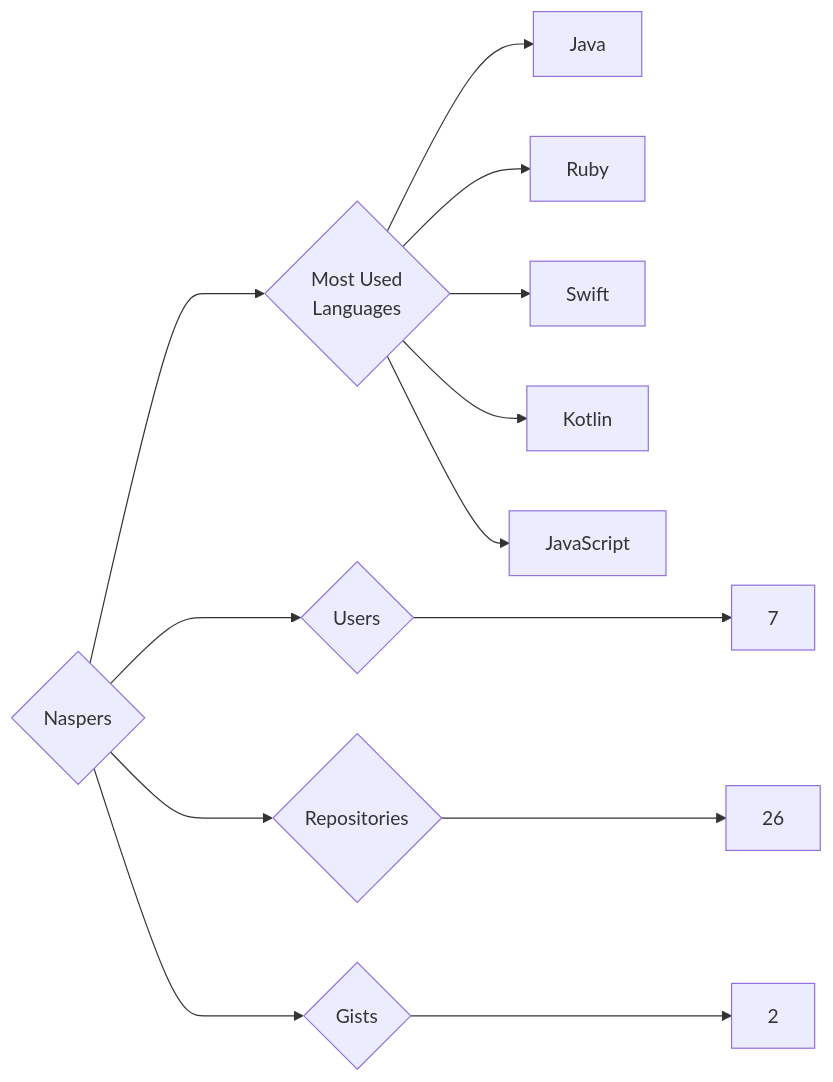
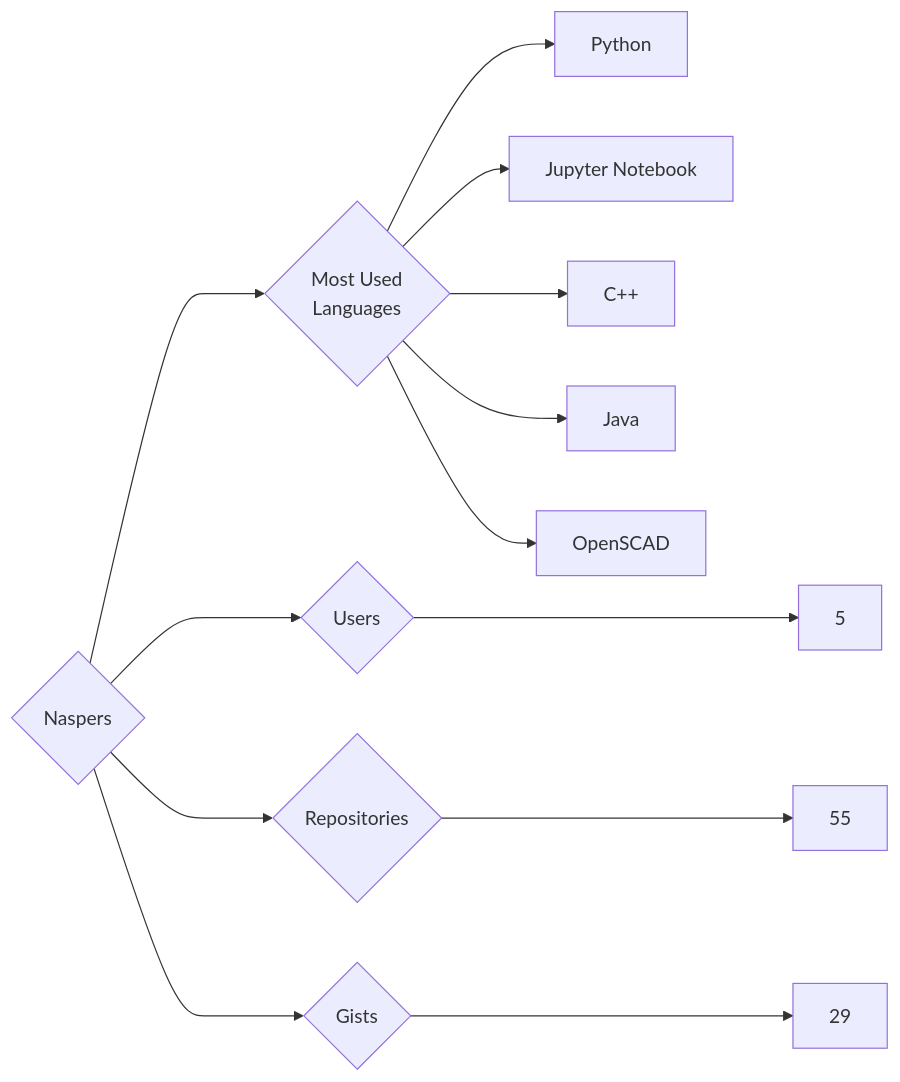
The diagram in targets/Naspers/README.md (trickest/insiders), drawn with Mermaid before and after one commit. The commit also changed 871 other files, not shown here.

````diff
--- a/targets/Naspers/README.md
+++ b/targets/Naspers/README.md
@@ -3,13 +3,13 @@
 ```mermaid
 graph LR
 COMPANY_NAME{Naspers}
-COMPANY_NAME ---> U{Users} ---> UN[7]
-COMPANY_NAME ---> R{Repositories} ---> RN[26]
-COMPANY_NAME ---> G{Gists} ---> GN[2]
+COMPANY_NAME ---> U{Users} ---> UN[5]
+COMPANY_NAME ---> R{Repositories} ---> RN[55]
+COMPANY_NAME ---> G{Gists} ---> GN[29]
 COMPANY_NAME ---> ML{Most Used<br>Languages}
+ML --> Python[Python]
+ML --> Jupyter_Notebook[Jupyter Notebook]
+ML --> C++[C++]
 ML --> Java[Java]
-ML --> Ruby[Ruby]
-ML --> Swift[Swift]
-ML --> Kotlin[Kotlin]
-ML --> JavaScript[JavaScript]
+ML --> OpenSCAD[OpenSCAD]
 ```
````
